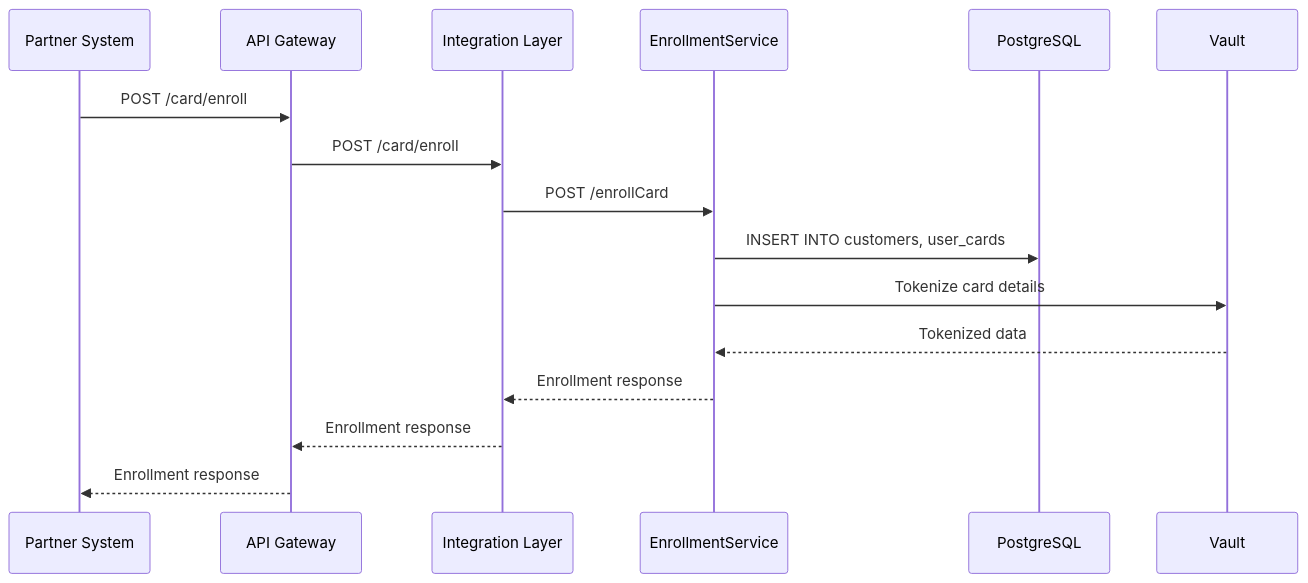
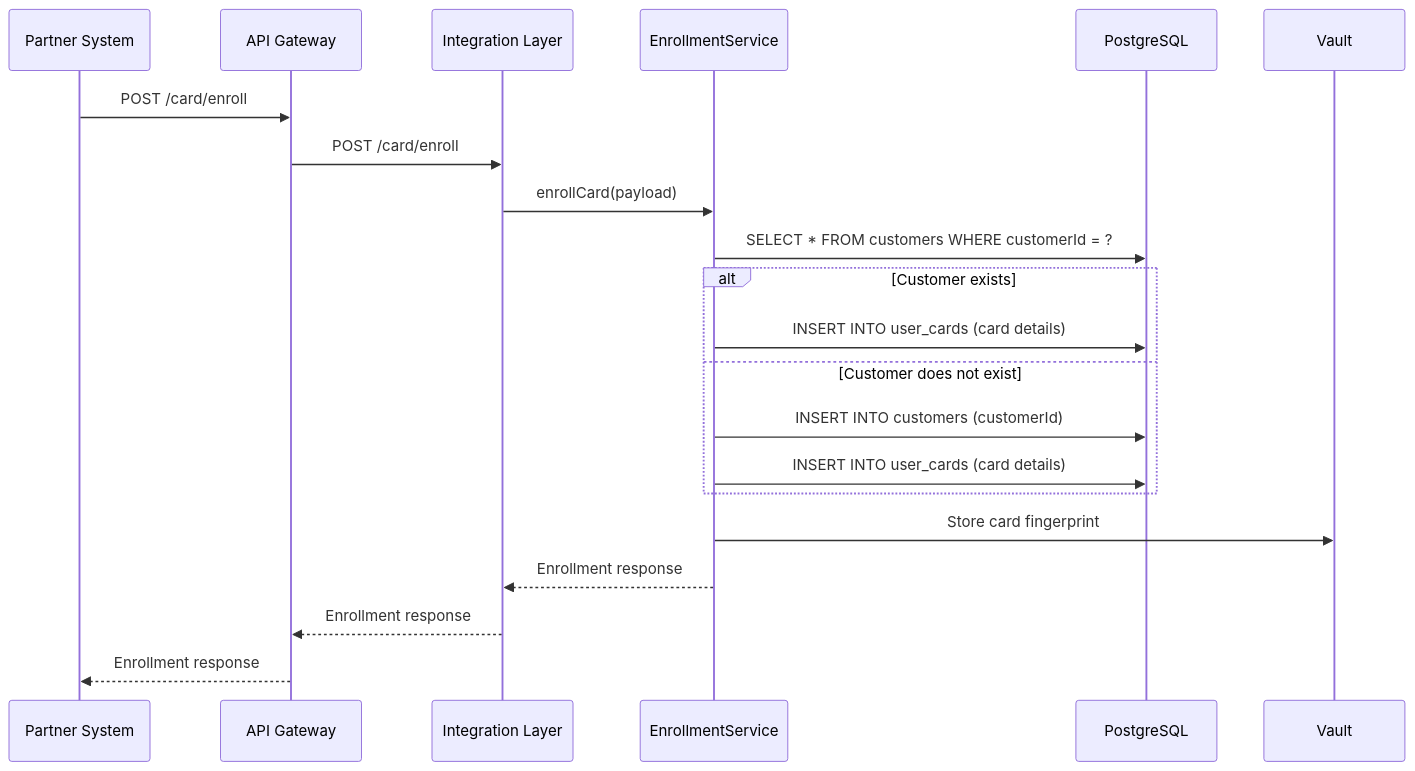
One commit to nandhini9074-create/demo7-enrollment changed the first of 2 diagrams in docs/architecture.md. Above: the diagram before and after it, drawn with Mermaid. The commit also changed other lines of this file and 14 other files, not shown here.

````diff
--- a/docs/architecture.md
+++ b/docs/architecture.md
@@ -35,19 +36,24 @@
 ```mermaid
 sequenceDiagram
     participant partner as Partner System
     participant apiGw as API Gateway
     participant integrationLayer as Integration Layer
     participant enrollmentSvc as EnrollmentService
-    participant postgresDB as PostgreSQL
+    participant postgres as PostgreSQL
     participant vault as Vault
 
-    partner->>apiGw: POST /card/enroll
-    apiGw->>integrationLayer: POST /card/enroll
-    integrationLayer->>enrollmentSvc: POST /enrollCard
-    enrollmentSvc->>postgresDB: INSERT INTO customers, user_cards
-    enrollmentSvc->>vault: Tokenize card details
-    vault-->>enrollmentSvc: Tokenized data
-    enrollmentSvc-->>integrationLayer: Enrollment response
-    integrationLayer-->>apiGw: Enrollment response
-    apiGw-->>partner: Enrollment response
+    partner ->> apiGw: POST /card/enroll
+    apiGw ->> integrationLayer: POST /card/enroll
+    integrationLayer ->> enrollmentSvc: enrollCard(payload)
+    enrollmentSvc ->> postgres: SELECT * FROM customers WHERE customerId = ?
+    alt Customer exists
+        enrollmentSvc ->> postgres: INSERT INTO user_cards (card details)
+    else Customer does not exist
+        enrollmentSvc ->> postgres: INSERT INTO customers (customerId)
+        enrollmentSvc ->> postgres: INSERT INTO user_cards (card details)
+    end
+    enrollmentSvc ->> vault: Store card fingerprint
+    enrollmentSvc -->> integrationLayer: Enrollment response
+    integrationLayer -->> apiGw: Enrollment response
+    apiGw -->> partner: Enrollment response
 ```
````
